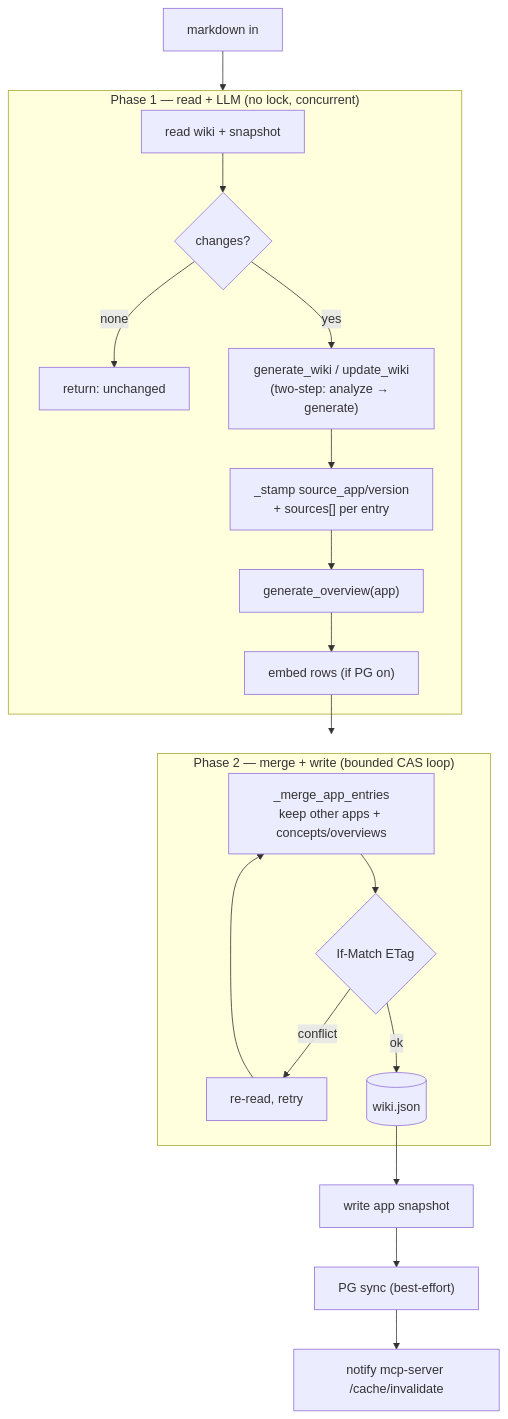
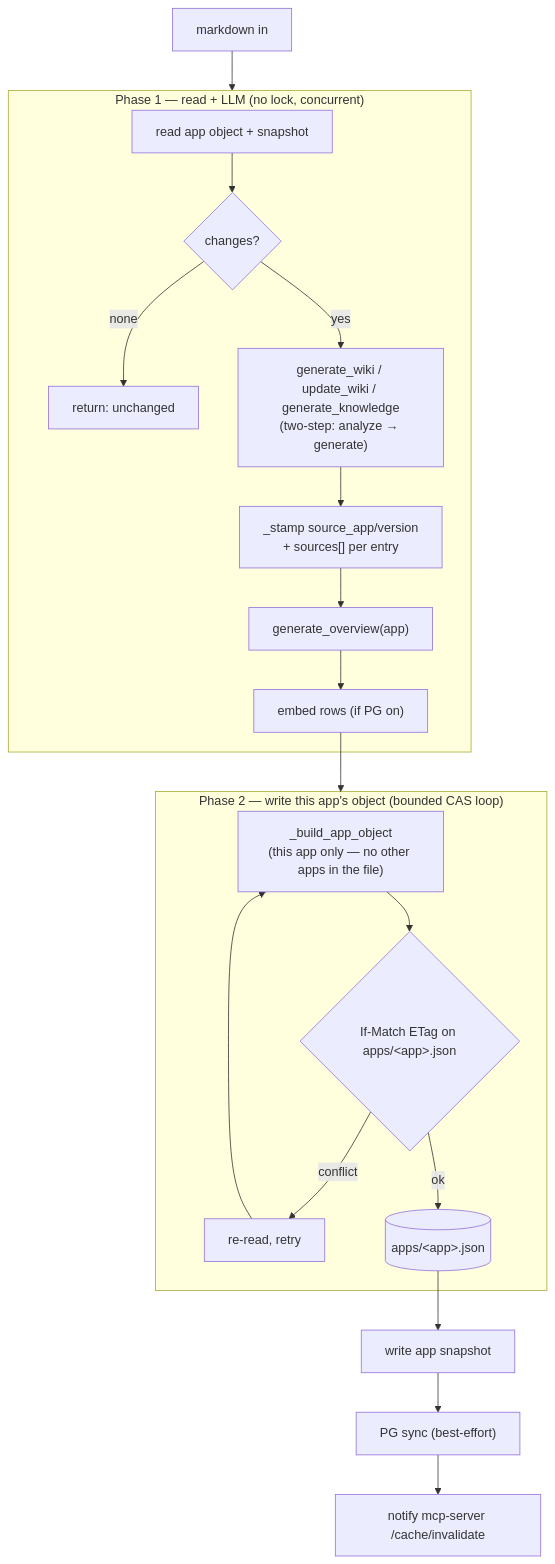
Before and after one commit to tienyulin/llm-wiki-processor: the second of 2 diagrams in docs/architecture/diagram.md, drawn with Mermaid. The commit also changed other lines of this file and 3 other files, not shown here.

First line of the commit message:
docs: 中文化 docs/（api + provider + architecture 4 檔） (#15)

````diff
--- a/docs/architecture/diagram.md
+++ b/docs/architecture/diagram.md
@@ -34,21 +37,21 @@
 ```mermaid
 flowchart TD
     A["markdown in"] --> P1
     subgraph P1["Phase 1 — read + LLM (no lock, concurrent)"]
-        RW["read wiki + snapshot"] --> CH{changes?}
+        RW["read app object + snapshot"] --> CH{changes?}
         CH -->|none| SKIP["return: unchanged"]
-        CH -->|yes| GEN["generate_wiki / update_wiki<br/>(two-step: analyze → generate)"]
+        CH -->|yes| GEN["generate_wiki / update_wiki / generate_knowledge<br/>(two-step: analyze → generate)"]
         GEN --> STAMP["_stamp source_app/version<br/>+ sources[] per entry"]
         STAMP --> OVR["generate_overview(app)"]
         OVR --> EMBED["embed rows (if PG on)"]
     end
     EMBED --> P2
-    subgraph P2["Phase 2 — merge + write (bounded CAS loop)"]
-        MERGE["_merge_app_entries<br/>keep other apps + concepts/overviews"] --> WR{"If-Match ETag"}
-        WR -->|conflict| RR["re-read, retry"] --> MERGE
-        WR -->|ok| DONE[("wiki.json")]
+    subgraph P2["Phase 2 — write this app's object (bounded CAS loop)"]
+        BUILD["_build_app_object<br/>(this app only — no other apps in the file)"] --> WR{"If-Match ETag on apps/&lt;app&gt;.json"}
+        WR -->|conflict| RR["re-read, retry"] --> BUILD
+        WR -->|ok| DONE[("apps/&lt;app&gt;.json")]
     end
     DONE --> SNAP["write app snapshot"]
     SNAP --> SYNC["PG sync (best-effort)"]
     SYNC --> INV["notify mcp-server /cache/invalidate"]
 ```
````
